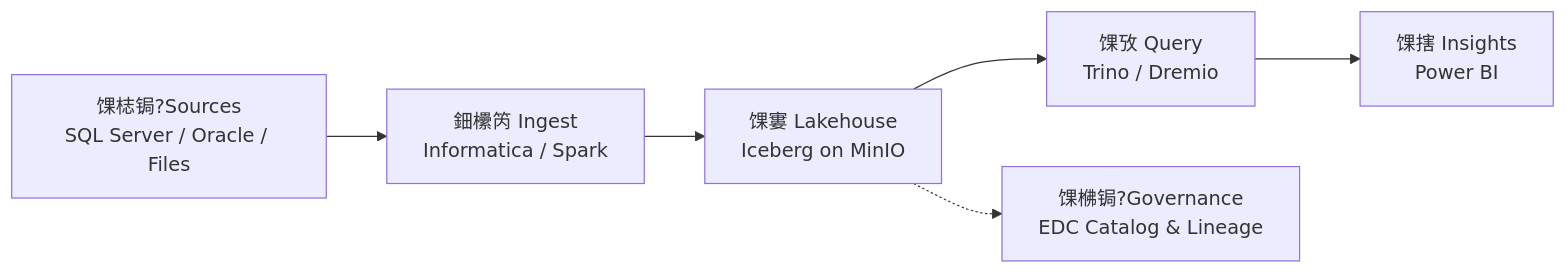
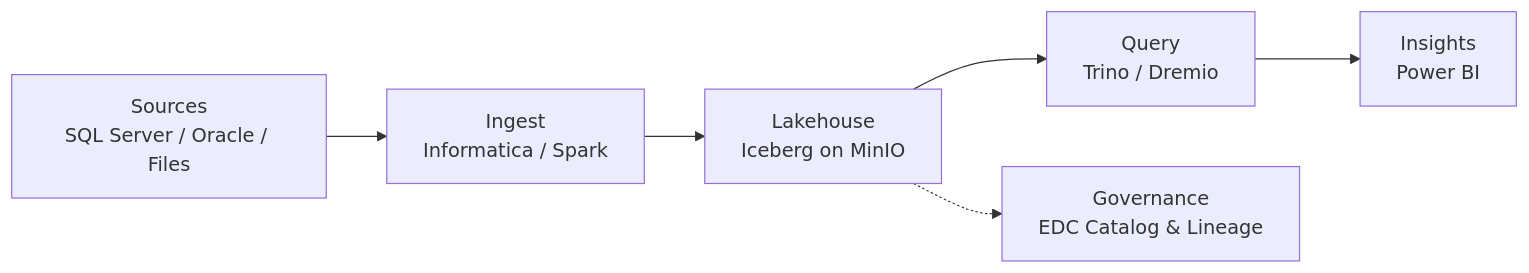
One commit to alisherif98/alisherif98 changed the diagram in README.md. Above: the diagram before and after it, drawn with Mermaid. The commit also changed other lines of this file, not shown here.

````diff
--- a/README.md
+++ b/README.md
@@ -74,8 +75,8 @@
 ```mermaid
 flowchart LR
-    A[馃梽锔?Sources<br/>SQL Server / Oracle / Files] --> B[鈿欙笍 Ingest<br/>Informatica / Spark]
-    B --> C[馃寠 Lakehouse<br/>Iceberg on MinIO]
-    C --> D[馃攷 Query<br/>Trino / Dremio]
-    D --> E[馃搳 Insights<br/>Power BI]
-    C -.-> F[馃梻锔?Governance<br/>EDC Catalog & Lineage]
+    A[Sources<br/>SQL Server / Oracle / Files] --> B[Ingest<br/>Informatica / Spark]
+    B --> C[Lakehouse<br/>Iceberg on MinIO]
+    C --> D[Query<br/>Trino / Dremio]
+    D --> E[Insights<br/>Power BI]
+    C -.-> F[Governance<br/>EDC Catalog & Lineage]
 ```
````
